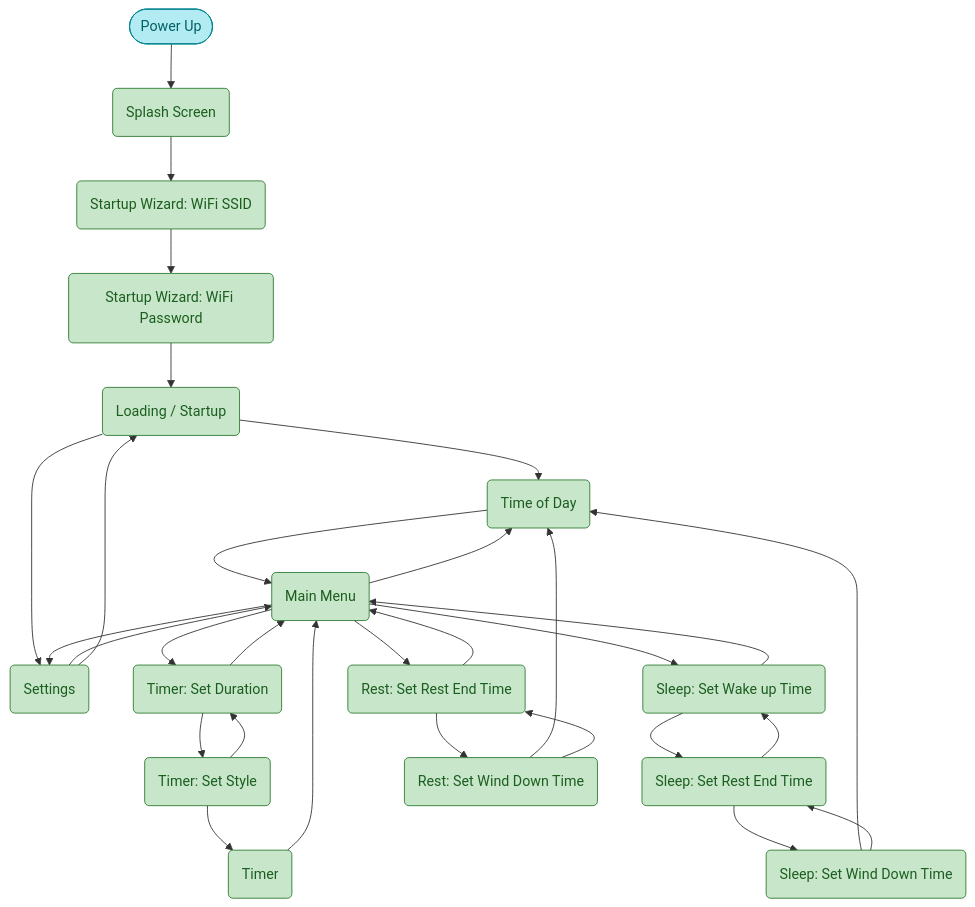
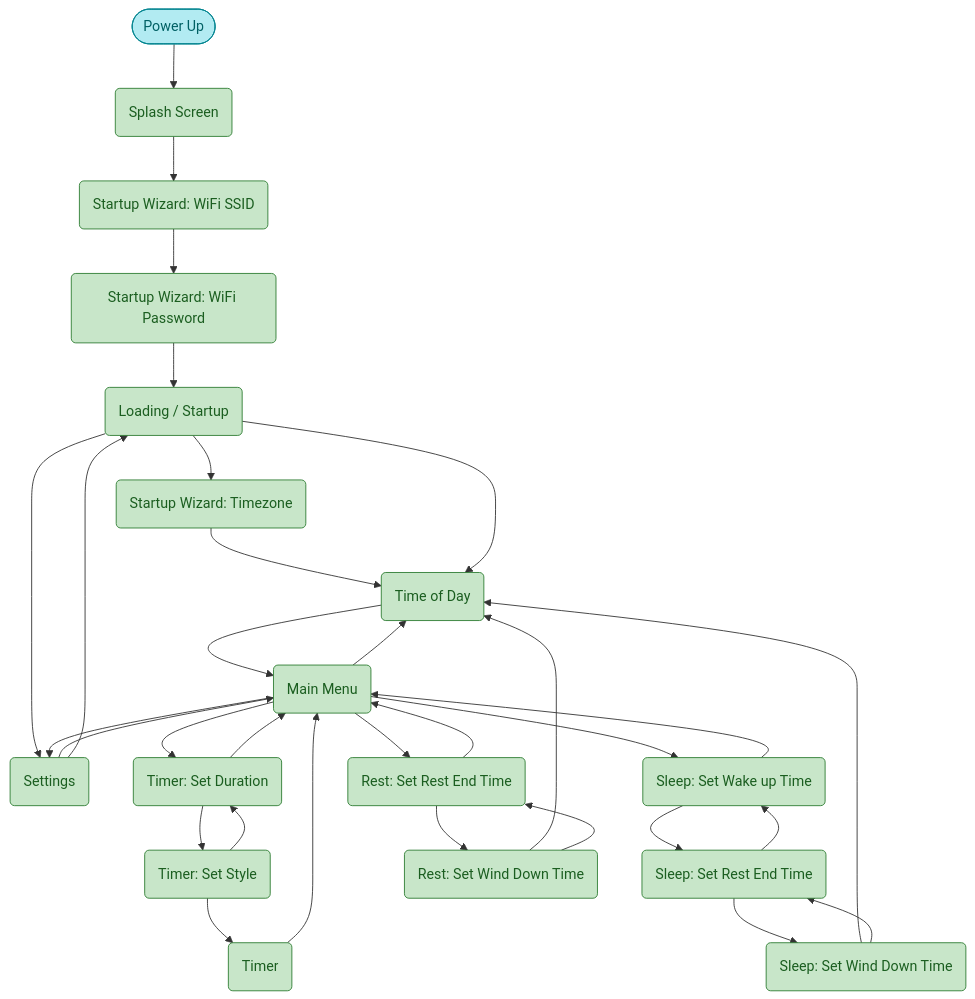
The diagram in docs/screen_flow_simple.md (mattlat21/TimeDisk), drawn with Mermaid before and after one commit. The commit also changed 25 other files, not shown here.

Commit message:
Added Timezone Startup Wizard

````diff
--- a/docs/screen_flow_simple.md
+++ b/docs/screen_flow_simple.md
@@ -5,59 +5,62 @@
 ```mermaid
 flowchart TB
     power_up([Power Up])
     splash("Splash Screen")
     startup_wizard_ssid("Startup Wizard: WiFi SSID")
     startup_wizard_password("Startup Wizard: WiFi Password")
+    startup_wizard_timezone("Startup Wizard: Timezone")
     loading("Loading / Startup")
     tod_bright("Time of Day")
     menu("Main Menu")
     settings("Settings")
     timer_duration("Timer: Set Duration")
     timer_style("Timer: Set Style")
     timer_bright("Timer")
     sleep_wake("Sleep: Set Wake up Time")
     sleep_rest_end("Sleep: Set Rest End Time")
     sleep_wind_down("Sleep: Set Wind Down Time")
     rest_end("Rest: Set Rest End Time")
     rest_wind_down("Rest: Set Wind Down Time")
 
-    %% Boot (wizard screens skipped if wifi already configured)
+    %% Boot (WiFi/timezone wizards skipped when already configured in NVS)
     power_up --> splash --> startup_wizard_ssid --> startup_wizard_password --> loading
+    loading --> startup_wizard_timezone
+    startup_wizard_timezone --> tod_bright
     loading --> tod_bright
     loading --> settings
 
     %% Time of day
     tod_bright --> menu
 
     %% Main menu
     menu --> settings
     menu --> tod_bright
     menu --> timer_duration
     menu --> sleep_wake
     menu --> rest_end
     settings --> menu
     settings --> loading
 
     %% Sleep setup
     sleep_wake --> sleep_rest_end --> sleep_wind_down --> tod_bright
     sleep_wake --> menu
     sleep_rest_end --> sleep_wake
     sleep_wind_down --> sleep_rest_end
 
     %% Rest setup
     rest_end --> rest_wind_down --> tod_bright
     rest_end --> menu
     rest_wind_down --> rest_end
 
     %% Timer
     timer_duration --> timer_style --> timer_bright
     timer_duration --> menu
     timer_style --> timer_duration
     timer_bright --> menu
 
     classDef screen fill:#c8e6c9,stroke:#2e7d32,color:#1b5e20
     classDef start fill:#b2ebf2,stroke:#00838f,color:#006064
 
-    class splash,startup_wizard_ssid,startup_wizard_password,loading,tod_bright,menu,settings,timer_duration,timer_style,timer_bright,sleep_wake,sleep_rest_end,sleep_wind_down,rest_end,rest_wind_down screen
+    class splash,startup_wizard_ssid,startup_wizard_password,startup_wizard_timezone,loading,tod_bright,menu,settings,timer_duration,timer_style,timer_bright,sleep_wake,sleep_rest_end,sleep_wind_down,rest_end,rest_wind_down screen
     class power_up start
 ```
````
